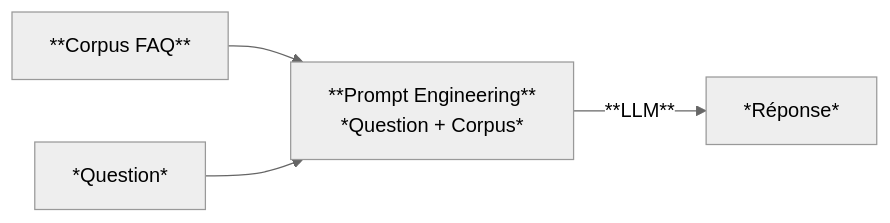
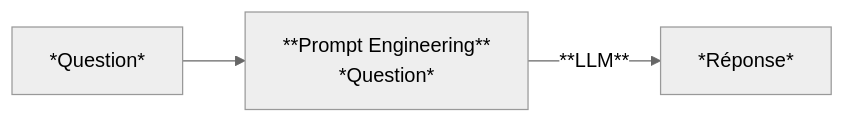
The first of 3 diagrams in docs/3-NOTE_CADRAGE.md (VestiC1/Projet-FAQ), drawn with Mermaid (neutral theme) before and after one commit. The commit also changed other lines of this file, not shown here.

Commit message:
maj note de cadrage

````diff
--- a/docs/3-NOTE_CADRAGE.md
+++ b/docs/3-NOTE_CADRAGE.md
@@ -81,10 +81,8 @@
 ```mermaid
 flowchart LR
-	B --> C
 	A --> C
 	C -- **LLM** --> E
 	A[*Question*]
-	B[**Corpus FAQ**]
-	C["**Prompt Engineering**<br/>*Question + Corpus*"]
+	C["**Prompt Engineering**<br/>*Question*"]
 	E[*Réponse*]
 ```
````
